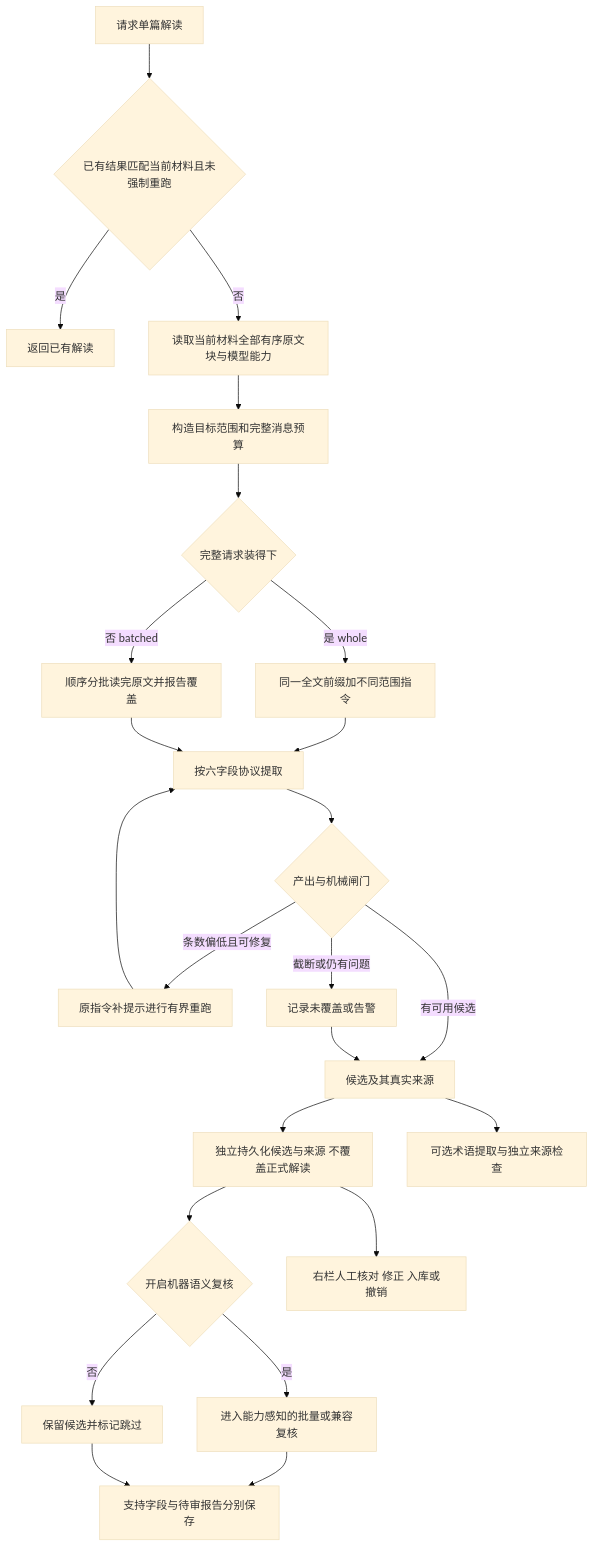
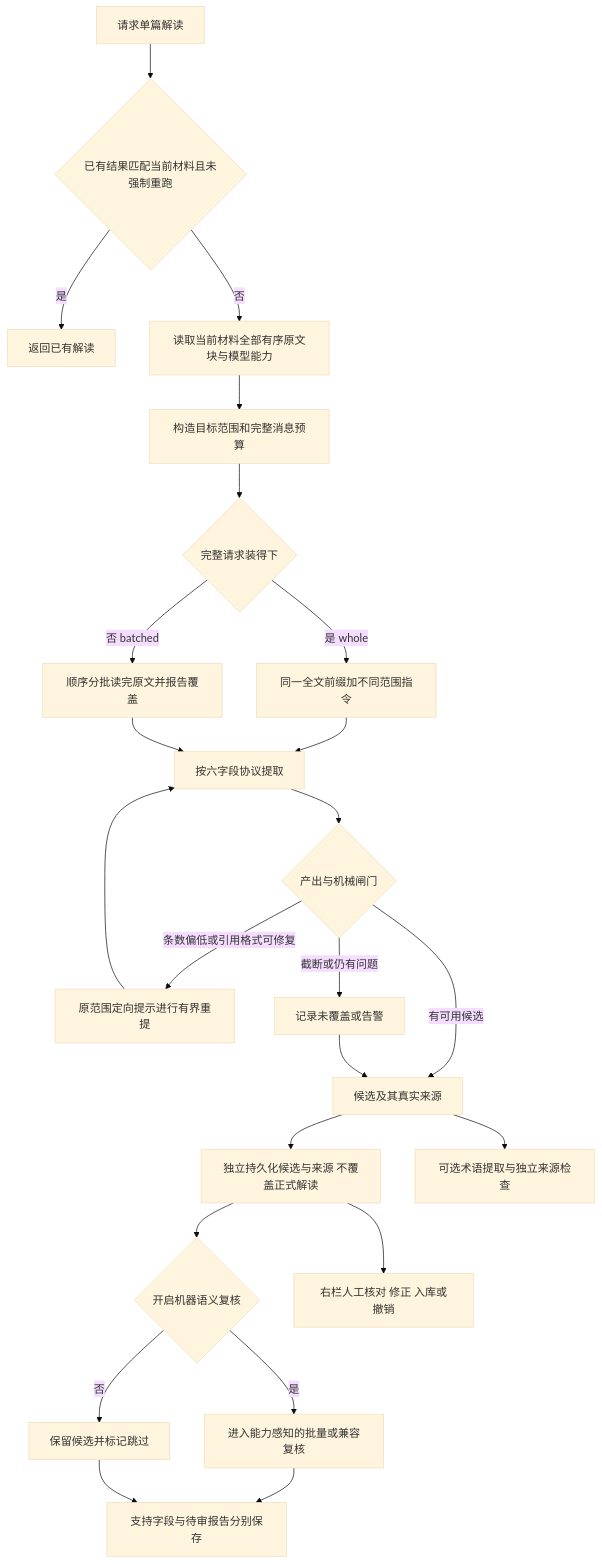
One commit to kingjone0/litprism changed the second of 3 diagrams in docs/modules/03-阅读提取与协作审核.md. Above: the diagram before and after it, drawn with Mermaid (base theme). The commit also changed other lines of this file and 46 other files, not shown here.

````diff
--- a/docs/modules/03-阅读提取与协作审核.md
+++ b/docs/modules/03-阅读提取与协作审核.md
@@ -47,26 +49,26 @@
 ```mermaid
 flowchart TD
     A[请求单篇解读] --> CACHE{已有结果匹配当前材料且未强制重跑}
     CACHE -->|是| OLD[返回已有解读]
     CACHE -->|否| B[读取当前材料全部有序原文块与模型能力]
     B --> C[构造目标范围和完整消息预算]
     C --> D{完整请求装得下}
     D -->|是 whole| E[同一全文前缀加不同范围指令]
     D -->|否 batched| F[顺序分批读完原文并报告覆盖]
     E --> G[按六字段协议提取]
     F --> G
     G --> H{产出与机械闸门}
-    H -->|条数偏低且可修复| R[原指令补提示进行有界重跑]
+    H -->|条数偏低或引用格式可修复| R[原范围定向提示进行有界重提]
     R --> G
     H -->|截断或仍有问题| P[记录未覆盖或告警]
     H -->|有可用候选| S[候选及其真实来源]
     P --> S
     S --> SAVE[独立持久化候选与来源 不覆盖正式解读]
     SAVE --> SWITCH{开启机器语义复核}
     SAVE --> HUMAN[右栏人工核对 修正 入库或撤销]
     SWITCH -->|是| V[进入能力感知的批量或兼容复核]
     SWITCH -->|否| SKIP[保留候选并标记跳过]
     S --> T[可选术语提取与独立来源检查]
     V --> O[支持字段与待审报告分别保存]
     SKIP --> O
 ```
````
